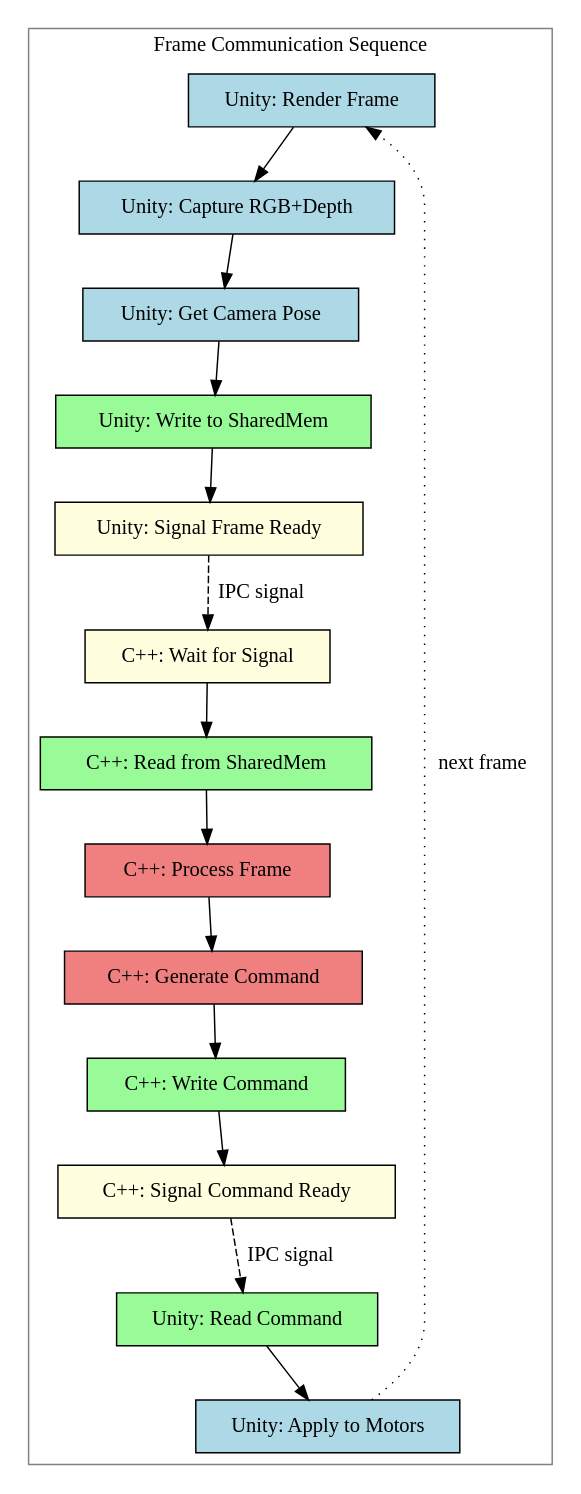
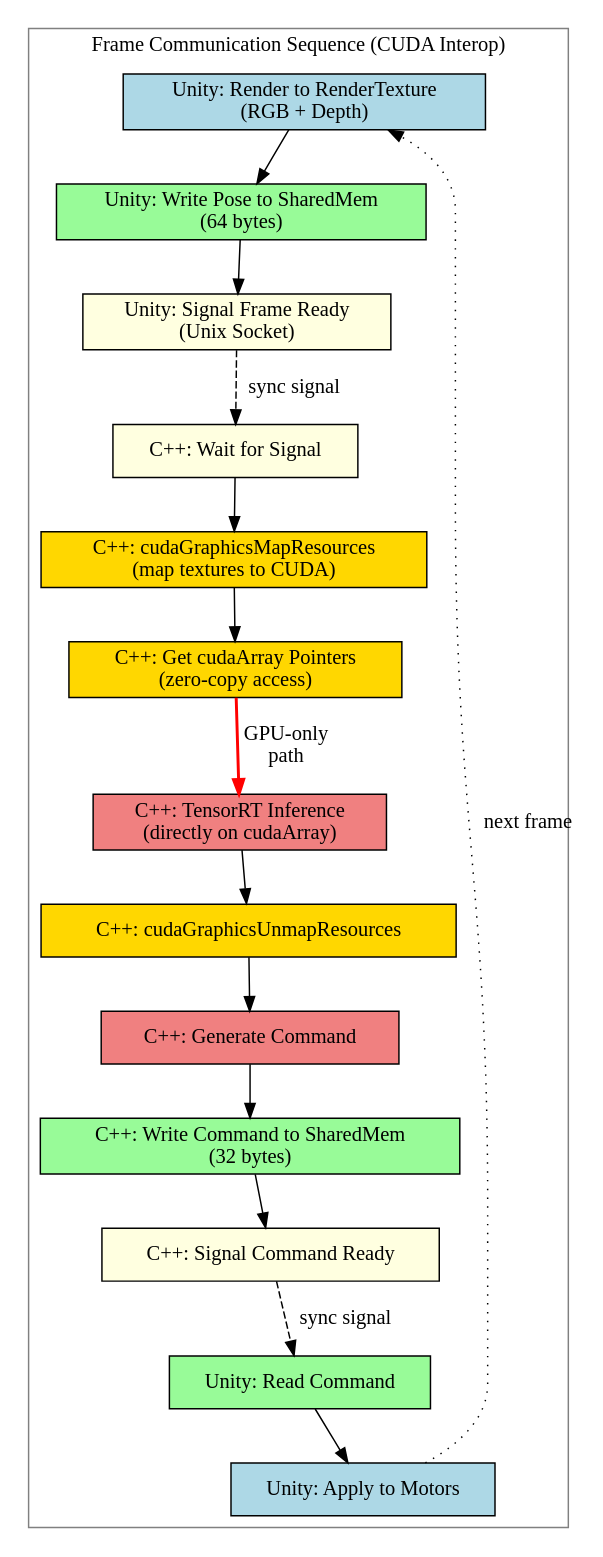
Before and after one commit to Woz4tetra/auto-battlebot: the fourth of 6 diagrams in docs/SIMULATION_SYSTEM_ENGINEERING_PLAN.md, drawn with Graphviz. The commit also changed other lines of this file and 7 other files, not shown here.

Commit message:
start cuda interop

````diff
--- a/docs/SIMULATION_SYSTEM_ENGINEERING_PLAN.md
+++ b/docs/SIMULATION_SYSTEM_ENGINEERING_PLAN.md
@@ -508,43 +544,43 @@
 ```dot
 digraph CommunicationSequence {
     rankdir=TB;
     node [shape=box];
-    
+
     subgraph cluster_sequence {
-        label="Frame Communication Sequence";
+        label="Frame Communication Sequence (CUDA Interop)";
         color=gray;
-        
+
         // Nodes represent states/actions
-        unity_render [label="Unity: Render Frame", fillcolor=lightblue, style=filled];
-        unity_capture [label="Unity: Capture RGB+Depth", fillcolor=lightblue, style=filled];
-        unity_pose [label="Unity: Get Camera Pose", fillcolor=lightblue, style=filled];
-        unity_write [label="Unity: Write to SharedMem", fillcolor=palegreen, style=filled];
-        unity_signal [label="Unity: Signal Frame Ready", fillcolor=lightyellow, style=filled];
-        
+        unity_render [label="Unity: Render to RenderTexture\n(RGB + Depth)", fillcolor=lightblue, style=filled];
+        unity_pose [label="Unity: Write Pose to SharedMem\n(64 bytes)", fillcolor=palegreen, style=filled];
+        unity_signal [label="Unity: Signal Frame Ready\n(Unix Socket)", fillcolor=lightyellow, style=filled];
+
         cpp_wait [label="C++: Wait for Signal", fillcolor=lightyellow, style=filled];
-        cpp_read [label="C++: Read from SharedMem", fillcolor=palegreen, style=filled];
-        cpp_process [label="C++: Process Frame", fillcolor=lightcoral, style=filled];
+        cpp_map [label="C++: cudaGraphicsMapResources\n(map textures to CUDA)", fillcolor=gold, style=filled];
+        cpp_getcuda [label="C++: Get cudaArray Pointers\n(zero-copy access)", fillcolor=gold, style=filled];
+        cpp_inference [label="C++: TensorRT Inference\n(directly on cudaArray)", fillcolor=lightcoral, style=filled];
+        cpp_unmap [label="C++: cudaGraphicsUnmapResources", fillcolor=gold, style=filled];
         cpp_command [label="C++: Generate Command", fillcolor=lightcoral, style=filled];
-        cpp_write [label="C++: Write Command", fillcolor=palegreen, style=filled];
+        cpp_write [label="C++: Write Command to SharedMem\n(32 bytes)", fillcolor=palegreen, style=filled];
         cpp_signal [label="C++: Signal Command Ready", fillcolor=lightyellow, style=filled];
-        
+
         unity_readcmd [label="Unity: Read Command", fillcolor=palegreen, style=filled];
         unity_apply [label="Unity: Apply to Motors", fillcolor=lightblue, style=filled];
-        
+
         // Sequence flow
-        unity_render -> unity_capture;
-        unity_capture -> unity_pose;
-        unity_pose -> unity_write;
-        unity_write -> unity_signal;
-        unity_signal -> cpp_wait [style=dashed, label="IPC signal"];
-        cpp_wait -> cpp_read;
-        cpp_read -> cpp_process;
-        cpp_process -> cpp_command;
+        unity_render -> unity_pose;
+        unity_pose -> unity_signal;
+        unity_signal -> cpp_wait [style=dashed, label="sync signal"];
+        cpp_wait -> cpp_map;
+        cpp_map -> cpp_getcuda;
+        cpp_getcuda -> cpp_inference [label="GPU-only\npath", style=bold, color=red];
+        cpp_inference -> cpp_unmap;
+        cpp_unmap -> cpp_command;
         cpp_command -> cpp_write;
         cpp_write -> cpp_signal;
-        cpp_signal -> unity_readcmd [style=dashed, label="IPC signal"];
+        cpp_signal -> unity_readcmd [style=dashed, label="sync signal"];
         unity_readcmd -> unity_apply;
         unity_apply -> unity_render [label="next frame", style=dotted];
     }
 }
 ```
````
